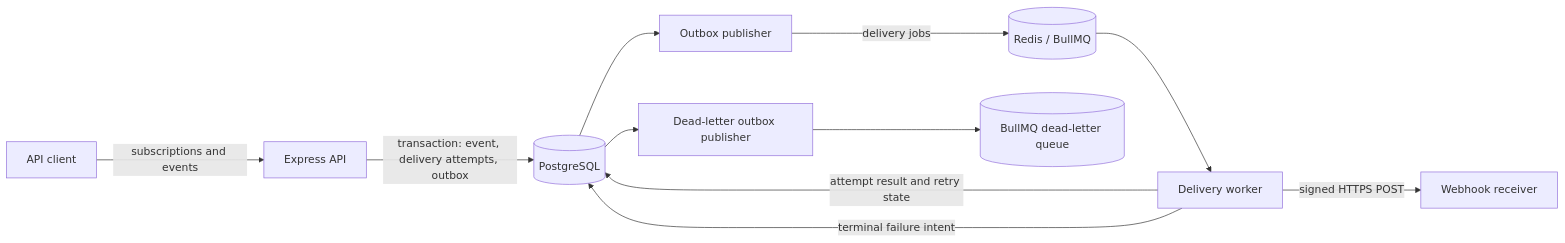
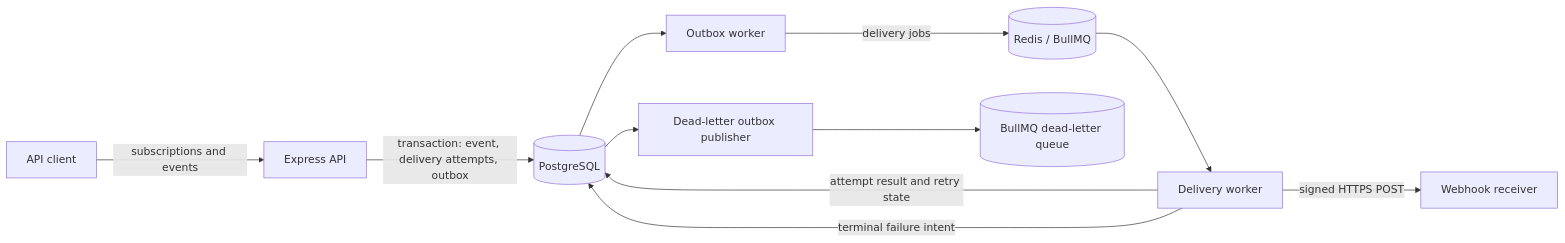
One commit to codephoenix86/pigeon changed the diagram in README.md. Above: the diagram before and after it, drawn with Mermaid. The commit also changed other lines of this file and 41 other files, not shown here.

````diff
--- a/README.md
+++ b/README.md
@@ -21,13 +21,13 @@
 ```mermaid
 flowchart LR
     Client[API client] -->|subscriptions and events| API[Express API]
     API -->|transaction: event, delivery attempts, outbox| PG[(PostgreSQL)]
-    PG --> Publisher[Outbox publisher]
+    PG --> Publisher[Outbox worker]
     Publisher -->|delivery jobs| Queue[(Redis / BullMQ)]
     Queue --> Worker[Delivery worker]
     Worker -->|signed HTTPS POST| Receiver[Webhook receiver]
     Worker -->|attempt result and retry state| PG
     Worker -->|terminal failure intent| PG
     PG --> DLQPublisher[Dead-letter outbox publisher]
     DLQPublisher --> DLQ[(BullMQ dead-letter queue)]
 ```
````
